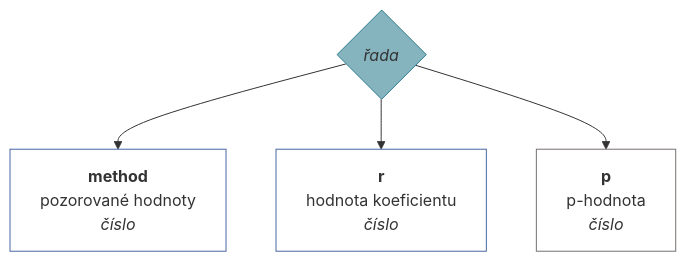
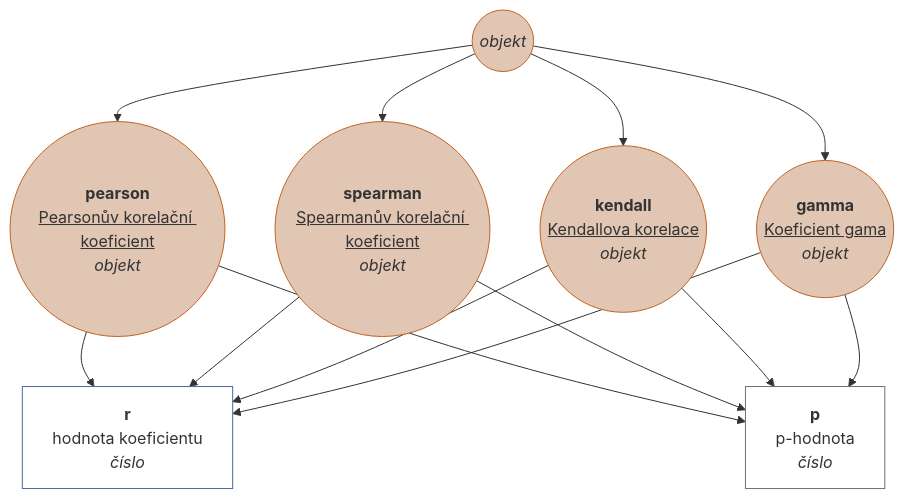
Before and after one commit to muzikp/retusa: diagram 28 of 48 in docs/cs-CZ.md, drawn with Mermaid. The commit also changed other lines of this file and 10 other files, not shown here.

````diff
--- a/docs/cs-CZ.md
+++ b/docs/cs-CZ.md
@@ -989,16 +989,47 @@
 ```mermaid
 graph TD
-correl{<i>řada</i>}
-style correl fill:#85B3BE;
-style correl stroke:#2E7C8F;
-correl --> method[<b>method</b><br>pozorované hodnoty <br><i>číslo</i>]
-style method fill:#FFFFFF;
-style method stroke:#4967A4;
-correl --> r[<b>r</b><br>hodnota koeficientu <br><i>číslo</i>]
+correl((<i>objekt</i>))
+style correl fill:#E1C6B3;
+style correl stroke:#C36422;
+correl --> pearson((<b>pearson</b><br><u>Pearsonův korelační koeficient</u>))
+pearson((<b>pearson</b><br><u>Pearsonův korelační koeficient</u><br><i>objekt</i>))
+style pearson fill:#E1C6B3;
+style pearson stroke:#C36422;
+pearson --> r[<b>r</b><br>hodnota koeficientu <br><i>číslo</i>]
 style r fill:#FFFFFF;
 style r stroke:#4967A4;
-correl --> p[<b>p</b><br>p-hodnota <br><i>číslo</i>]
+pearson --> p[<b>p</b><br>p-hodnota <br><i>číslo</i>]
+style p fill:#FFFFFF;
+style p stroke:#75716F;
+correl --> spearman((<b>spearman</b><br><u>Spearmanův korelační koeficient</u>))
+spearman((<b>spearman</b><br><u>Spearmanův korelační koeficient</u><br><i>objekt</i>))
+style spearman fill:#E1C6B3;
+style spearman stroke:#C36422;
+spearman --> r[<b>r</b><br>hodnota koeficientu <br><i>číslo</i>]
+style r fill:#FFFFFF;
+style r stroke:#4967A4;
+spearman --> p[<b>p</b><br>p-hodnota <br><i>číslo</i>]
+style p fill:#FFFFFF;
+style p stroke:#75716F;
+correl --> kendall((<b>kendall</b><br><u>Kendallova korelace</u>))
+kendall((<b>kendall</b><br><u>Kendallova korelace</u><br><i>objekt</i>))
+style kendall fill:#E1C6B3;
+style kendall stroke:#C36422;
+kendall --> r[<b>r</b><br>hodnota koeficientu <br><i>číslo</i>]
+style r fill:#FFFFFF;
+style r stroke:#4967A4;
+kendall --> p[<b>p</b><br>p-hodnota <br><i>číslo</i>]
+style p fill:#FFFFFF;
+style p stroke:#75716F;
+correl --> gamma((<b>gamma</b><br><u>Koeficient gama</u>))
+gamma((<b>gamma</b><br><u>Koeficient gama</u><br><i>objekt</i>))
+style gamma fill:#E1C6B3;
+style gamma stroke:#C36422;
+gamma --> r[<b>r</b><br>hodnota koeficientu <br><i>číslo</i>]
+style r fill:#FFFFFF;
+style r stroke:#4967A4;
+gamma --> p[<b>p</b><br>p-hodnota <br><i>číslo</i>]
 style p fill:#FFFFFF;
 style p stroke:#75716F;
 
 ```
````
